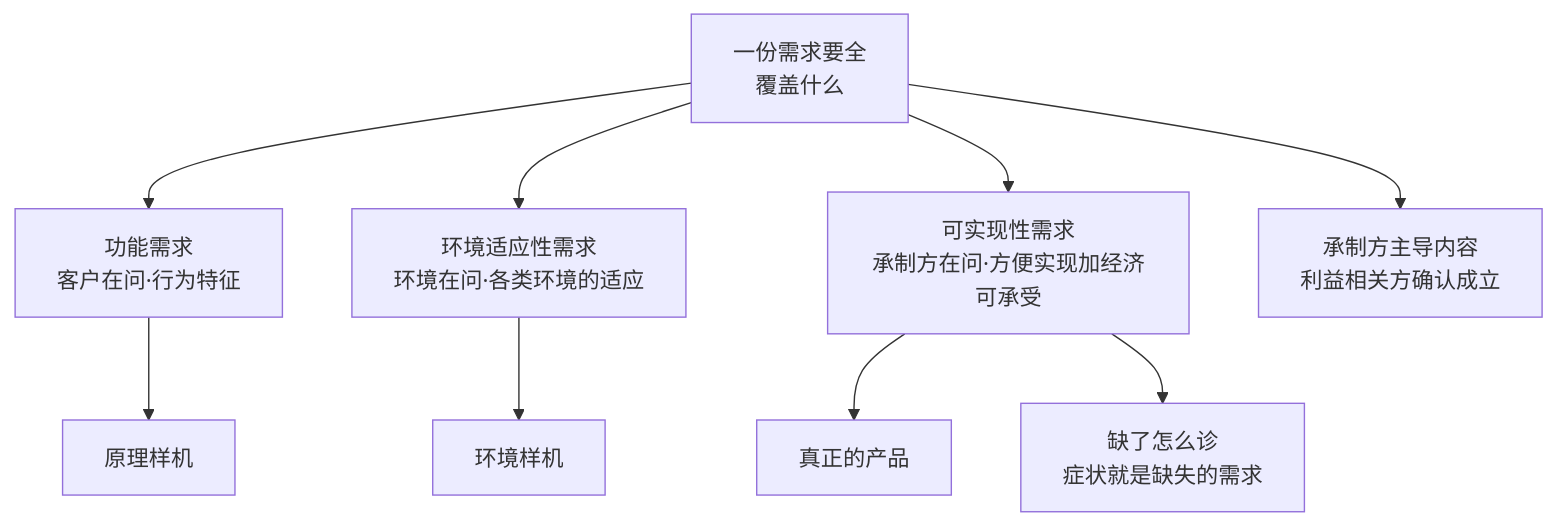
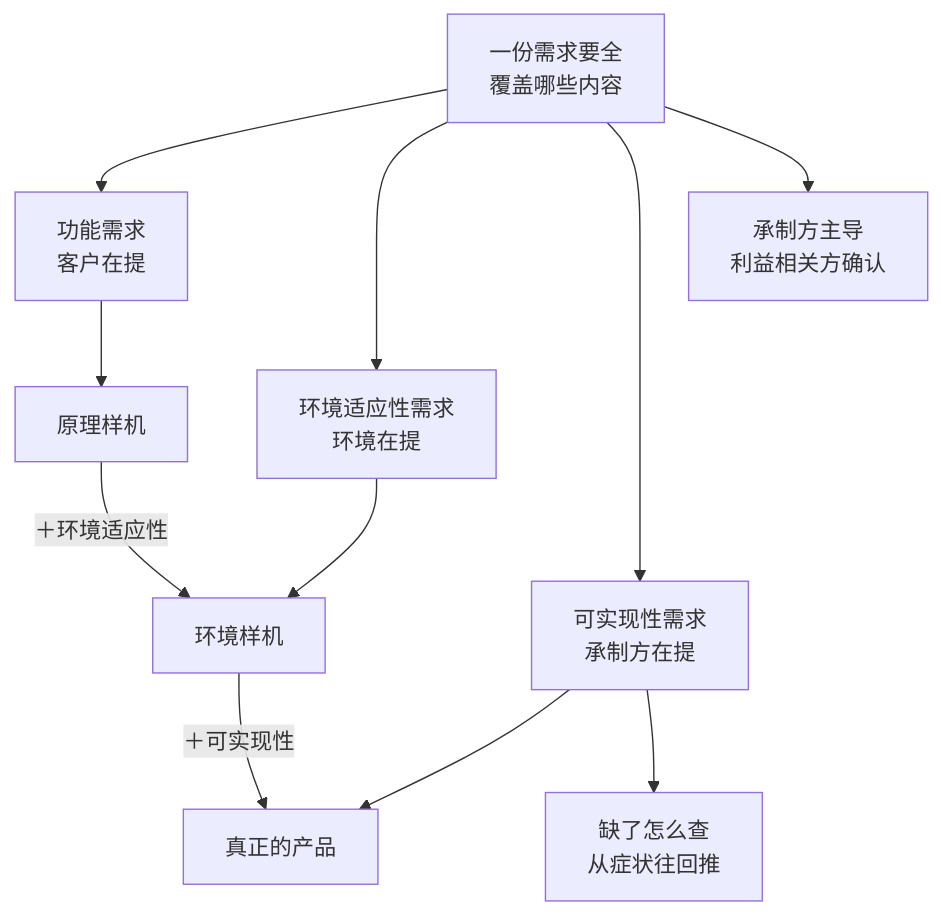
One commit to Yongjunzhou/business-Engineering changed the diagram in 10-系统工程研究/03-架构师是个怎样的物种/成书/build/.mmd/ch05-fig01.mmd. Above: the diagram before and after it, drawn with Mermaid. The commit also changed 102 other files, not shown here.

```diff
--- a/10-系统工程研究/03-架构师是个怎样的物种/成书/build/.mmd/ch05-fig01.mmd
+++ b/10-系统工程研究/03-架构师是个怎样的物种/成书/build/.mmd/ch05-fig01.mmd
@@ -1,18 +1,20 @@
 flowchart TB
-    Q["一份需求要全<br/>覆盖什么"]
-    F["功能需求<br/>客户在问·行为特征"]
-    E["环境适应性需求<br/>环境在问·各类环境的适应"]
-    P["可实现性需求<br/>承制方在问·方便实现加经济可承受"]
+    Q["一份需求要全<br/>覆盖哪些内容"]
+    F["功能需求<br/>客户在提"]
+    E["环境适应性需求<br/>环境在提"]
+    P["可实现性需求<br/>承制方在提"]
     V1["原理样机"]
     V2["环境样机"]
     V3["真正的产品"]
-    R["承制方主导内容<br/>利益相关方确认成立"]
-    D["缺了怎么诊<br/>症状就是缺失的需求"]
+    R["承制方主导<br/>利益相关方确认"]
+    D["缺了怎么查<br/>从症状往回推"]
     Q --> F
     Q --> E
     Q --> P
     F --> V1
     E --> V2
     P --> V3
+    V1 -->|"＋环境适应性"| V2
+    V2 -->|"＋可实现性"| V3
     Q --> R
     P --> D
```
